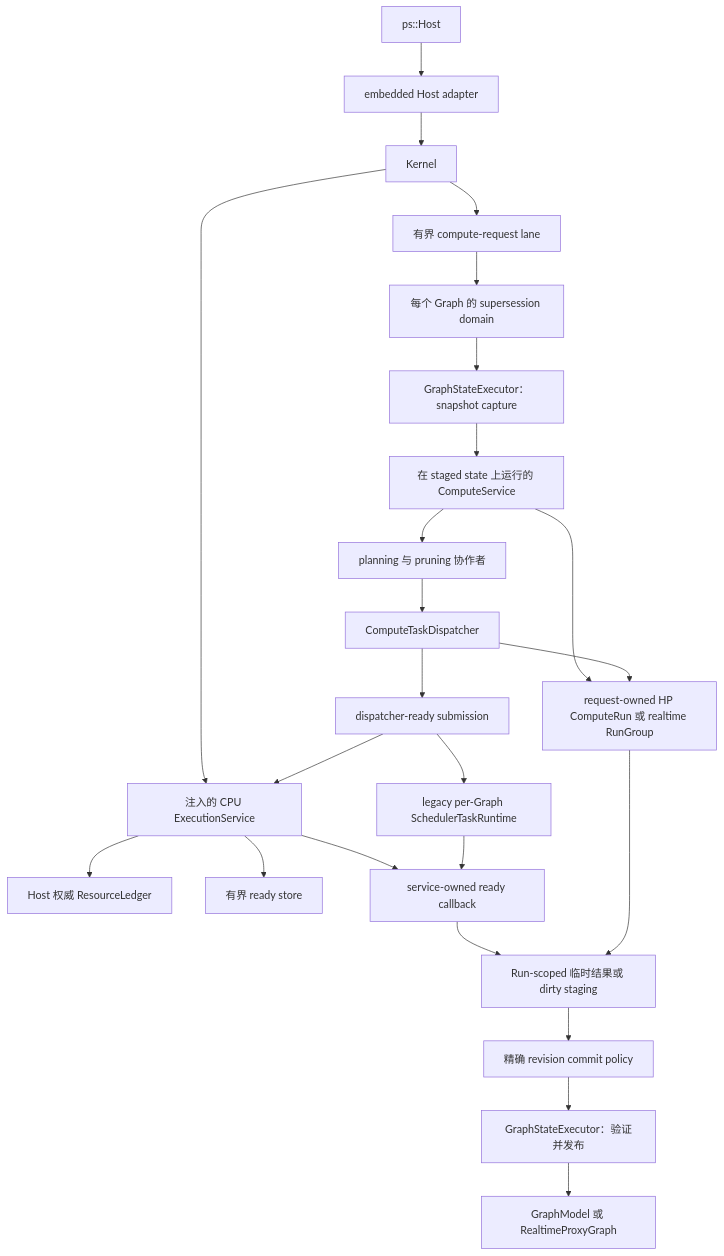
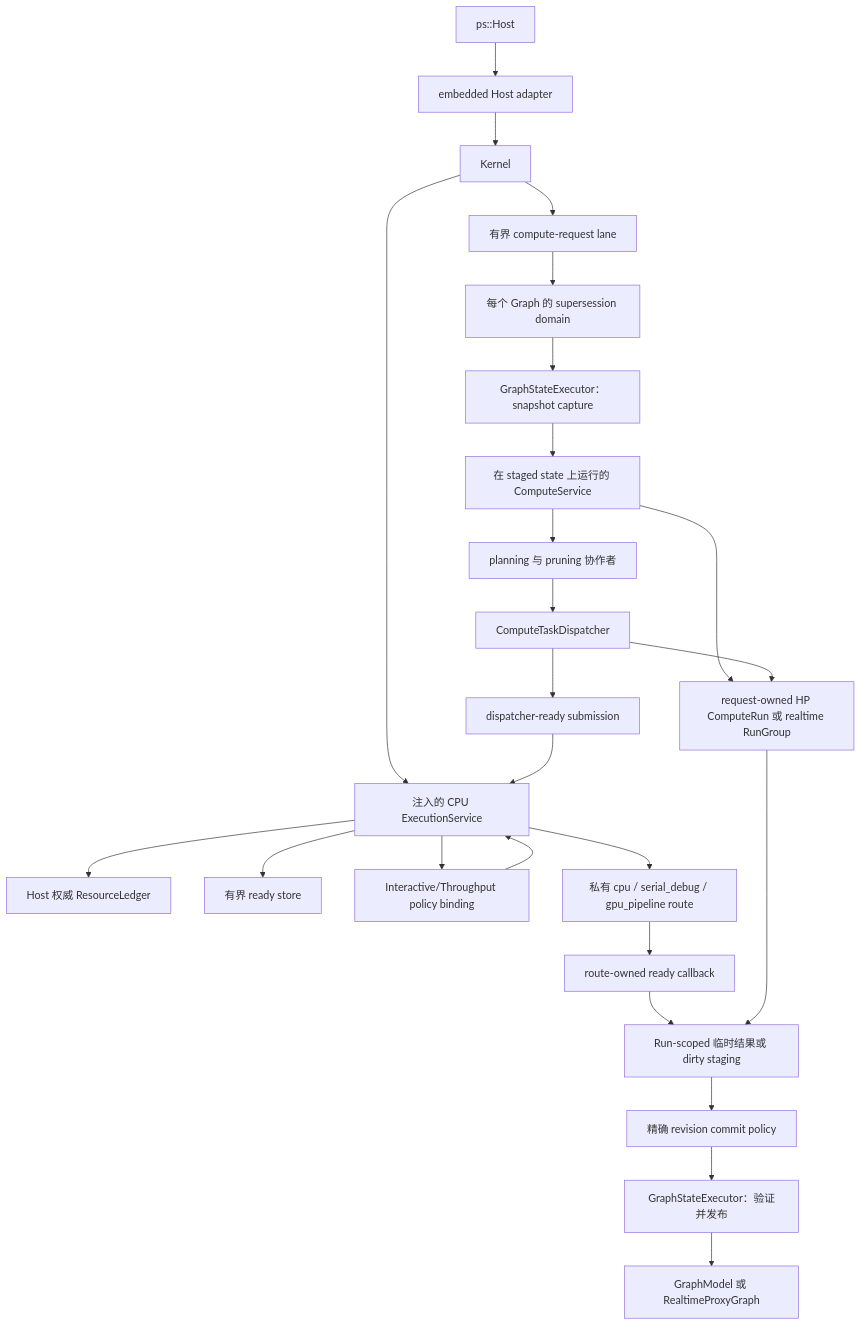
The diagram in docs/kernel-architecture/zh/Compute-Boundaries.zh.md (kevin-zf1123/photospider), drawn with Mermaid before and after one commit. The commit also changed other lines of this file and 33 other files, not shown here.

````diff
--- a/docs/kernel-architecture/zh/Compute-Boundaries.zh.md
+++ b/docs/kernel-architecture/zh/Compute-Boundaries.zh.md
@@ -20,26 +20,27 @@
 ```mermaid
 flowchart TD
   HOST["ps::Host"] --> ADAPTER["embedded Host adapter"]
   ADAPTER --> KERNEL["Kernel"]
   KERNEL --> EXEC["注入的 CPU ExecutionService"]
   EXEC --> LEDGER["Host 权威 ResourceLedger"]
   EXEC --> STORE["有界 ready store"]
+  EXEC --> POLICY["Interactive/Throughput policy binding"]
   KERNEL --> REQUEST["有界 compute-request lane"]
   REQUEST --> DOMAIN["每个 Graph 的 supersession domain"]
   DOMAIN --> CAPTURE["GraphStateExecutor：snapshot capture"]
   CAPTURE --> SERVICE["在 staged state 上运行的 ComputeService"]
   SERVICE --> RUN["request-owned HP ComputeRun 或 realtime RunGroup"]
   SERVICE --> PLAN["planning 与 pruning 协作者"]
   PLAN --> DISPATCH["ComputeTaskDispatcher"]
   DISPATCH --> RUN
   DISPATCH --> READY["dispatcher-ready submission"]
   READY --> EXEC
-  READY --> RUNTIME["legacy per-Graph SchedulerTaskRuntime"]
-  EXEC --> CALLBACK["service-owned ready callback"]
-  RUNTIME --> CALLBACK
+  POLICY --> EXEC
+  EXEC --> ROUTE["私有 cpu / serial_debug / gpu_pipeline route"]
+  ROUTE --> CALLBACK["route-owned ready callback"]
   CALLBACK --> TEMP["Run-scoped 临时结果或 dirty staging"]
   RUN --> TEMP
   TEMP --> COMMIT["精确 revision commit policy"]
   COMMIT --> PUBLISH["GraphStateExecutor：验证并发布"]
   PUBLISH --> GRAPH["GraphModel 或 RealtimeProxyGraph"]
 ```
````
